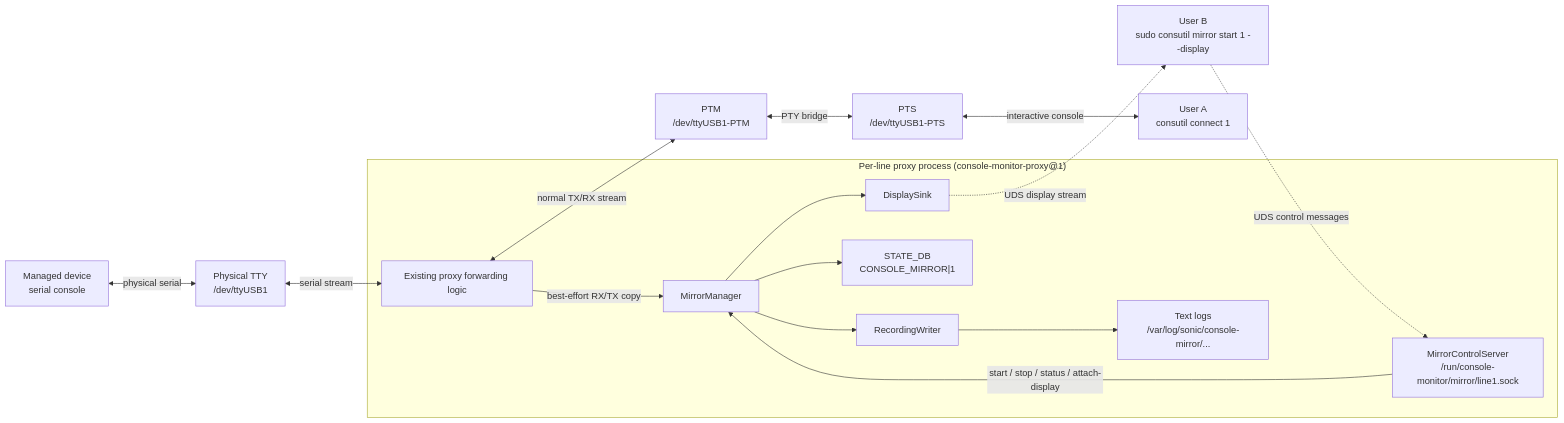
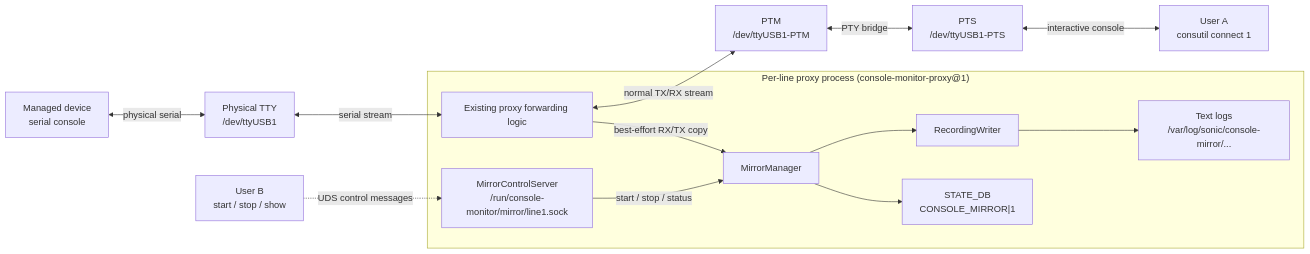
The first of 3 diagrams in doc/console/Console-Mirror-High-Level-Design.md (sonic-net/SONiC), drawn with Mermaid before and after one commit. The commit also changed other lines of this file, not shown here.

First line of the commit message:
doc/console: Refine console mirror lifecycle design

````diff
--- a/doc/console/Console-Mirror-High-Level-Design.md
+++ b/doc/console/Console-Mirror-High-Level-Design.md
@@ -112,41 +110,37 @@
 ```mermaid
 flowchart LR
     target["Managed device<br/>serial console"]
     tty["Physical TTY<br/>/dev/ttyUSB1"]
 
     subgraph proxyBox["Per-line proxy process (console-monitor-proxy@1)"]
         core["Existing proxy forwarding logic"]
         mirror["MirrorManager"]
         writer["RecordingWriter"]
         state["STATE_DB<br/>CONSOLE_MIRROR|1"]
         control["MirrorControlServer<br/>/run/console-monitor/mirror/line1.sock"]
-        display["DisplaySink"]
         log["Text logs<br/>/var/log/sonic/console-mirror/..."]
     end
 
     ptm["PTM<br/>/dev/ttyUSB1-PTM"]
     pts["PTS<br/>/dev/ttyUSB1-PTS"]
     userA["User A<br/>consutil connect 1"]
-
-    
 
     target <-- "physical serial" --> tty
     tty <-- "serial stream" --> core
 
     core <-- "normal TX/RX stream" --> ptm
     ptm <-- "PTY bridge" --> pts
     pts <-- "interactive console" --> userA
 
     core -->|best-effort RX/TX copy| mirror
 
     mirror --> writer
     writer --> log
     mirror --> state
-    mirror --> display
 
-    control -->|start / stop / status / attach-display| mirror
+    control -->|start / stop / status| mirror
 
-    userB["User B<br/>sudo consutil mirror start 1 --display"]
+    userB["User B<br/>start / stop / show"]
+
     userB -. "UDS control messages" .-> control
-    display -. "UDS display stream" .-> userB
 ```
````
